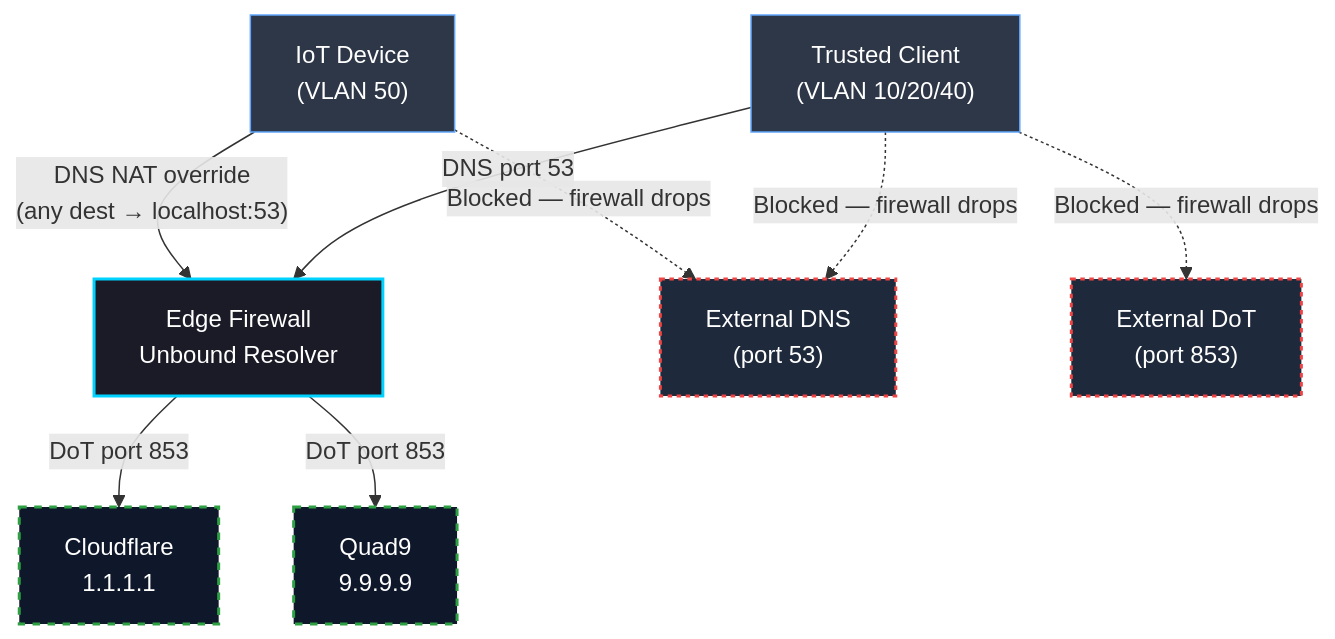
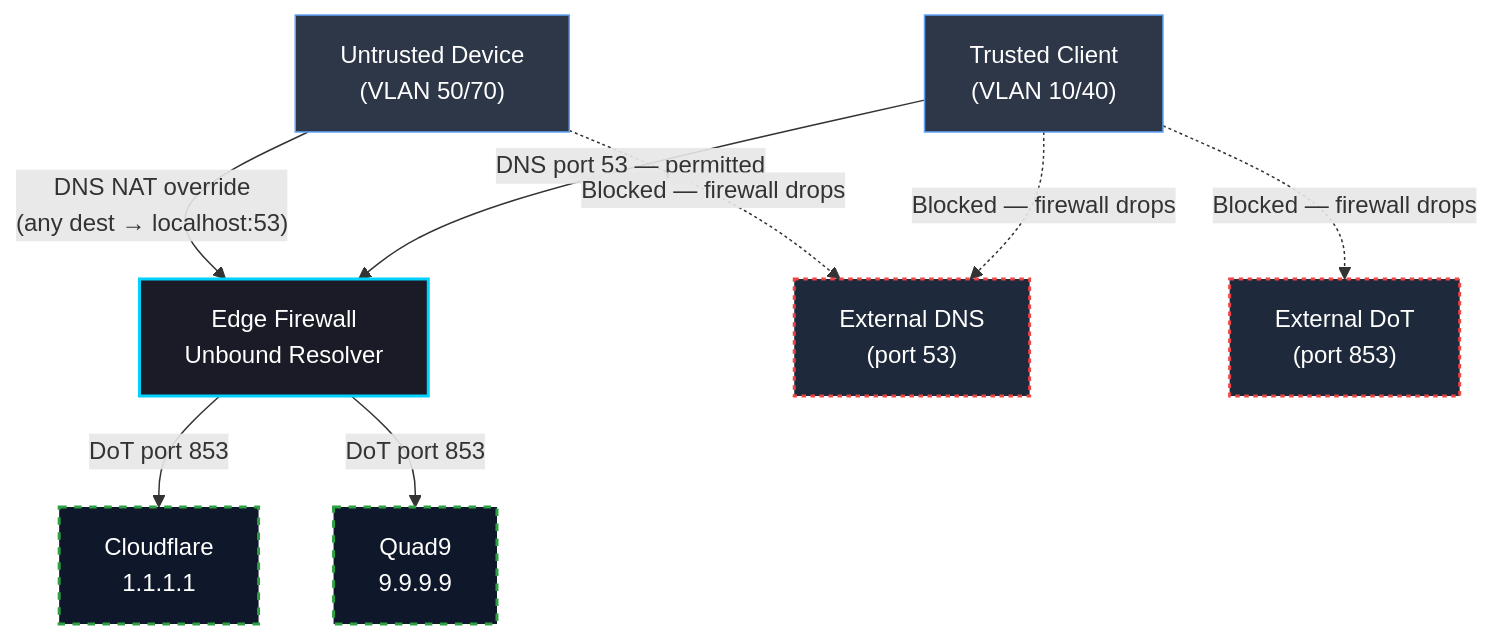
The diagram in security/dns/README.md (gurvinny/home-network-lab), drawn with Mermaid before and after one commit. The commit also changed other lines of this file and 4 other files, not shown here.

First line of the commit message:
docs: align firewall and DNS documentation with the live ruleset

````diff
--- a/security/dns/README.md
+++ b/security/dns/README.md
@@ -21,24 +21,24 @@
 ```mermaid
 flowchart TB
     %% Cyber Sec Grey/Blue Theme
     classDef device fill:#2d3748,stroke:#60a5fa,stroke-width:1px,color:#ffffff;
     classDef firewall fill:#1a1b26,stroke:#00d2ff,stroke-width:2px,color:#ffffff;
     classDef vpn fill:#0f172a,stroke:#2ea043,stroke-width:2px,color:#ffffff,stroke-dasharray: 5 5;
     classDef blocked fill:#1e293b,stroke:#ef4444,stroke-width:2px,color:#ffffff,stroke-dasharray: 3 3;
 
-    TrustedClient["Trusted Client\n(VLAN 10/20/40)"]:::device
-    IoTDevice["IoT Device\n(VLAN 50)"]:::device
+    TrustedClient["Trusted Client<br/>(VLAN 10/40)"]:::device
+    IoTDevice["Untrusted Device<br/>(VLAN 50/70)"]:::device
 
-    TrustedClient -->|"DNS port 53"| Unbound["Edge Firewall\nUnbound Resolver"]:::firewall
-    IoTDevice -->|"DNS NAT override\n(any dest → localhost:53)"| Unbound
+    TrustedClient -->|"DNS port 53 — permitted"| Unbound["Edge Firewall<br/>Unbound Resolver"]:::firewall
+    IoTDevice -->|"DNS NAT override<br/>(any dest → localhost:53)"| Unbound
 
-    Unbound -->|"DoT port 853"| CF["Cloudflare\n1.1.1.1"]:::vpn
-    Unbound -->|"DoT port 853"| Q9["Quad9\n9.9.9.9"]:::vpn
+    Unbound -->|"DoT port 853"| CF["Cloudflare<br/>1.1.1.1"]:::vpn
+    Unbound -->|"DoT port 853"| Q9["Quad9<br/>9.9.9.9"]:::vpn
 
-    ExtDNS["External DNS\n(port 53)"]:::blocked
-    ExtDoT["External DoT\n(port 853)"]:::blocked
+    ExtDNS["External DNS<br/>(port 53)"]:::blocked
+    ExtDoT["External DoT<br/>(port 853)"]:::blocked
 
     TrustedClient -. "Blocked — firewall drops" .-> ExtDNS
     TrustedClient -. "Blocked — firewall drops" .-> ExtDoT
     IoTDevice -. "Blocked — firewall drops" .-> ExtDNS
 ```
````
